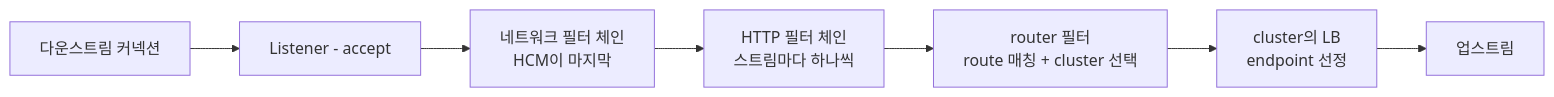
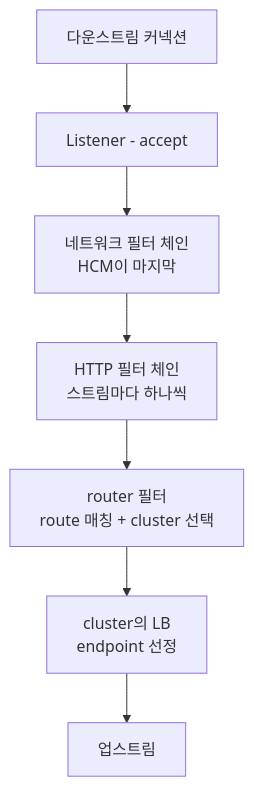
One commit to beengineer500/beengineer500.github.io changed the first of 5 diagrams in content/posts/2026/llmd-envoy-ext-proc/index.md. Above: the diagram before and after it, drawn with Mermaid. The commit also changed other lines of this file and 2 other files, not shown here.

First line of the commit message:
fix(mermaid): 최신 글 도식이 모바일에서 축소되는 문제 수정

````diff
--- a/content/posts/2026/llmd-envoy-ext-proc/index.md
+++ b/content/posts/2026/llmd-envoy-ext-proc/index.md
@@ -141,9 +141,9 @@
 ```mermaid
-flowchart LR
+flowchart TD
     A["다운스트림 커넥션"] --> B["Listener - accept"]
     B --> C["네트워크 필터 체인<br/>HCM이 마지막"]
     C --> D["HTTP 필터 체인<br/>스트림마다 하나씩"]
     D --> E["router 필터<br/>route 매칭 + cluster 선택"]
     E --> F["cluster의 LB<br/>endpoint 선정"]
     F --> G["업스트림"]
 ```
````
